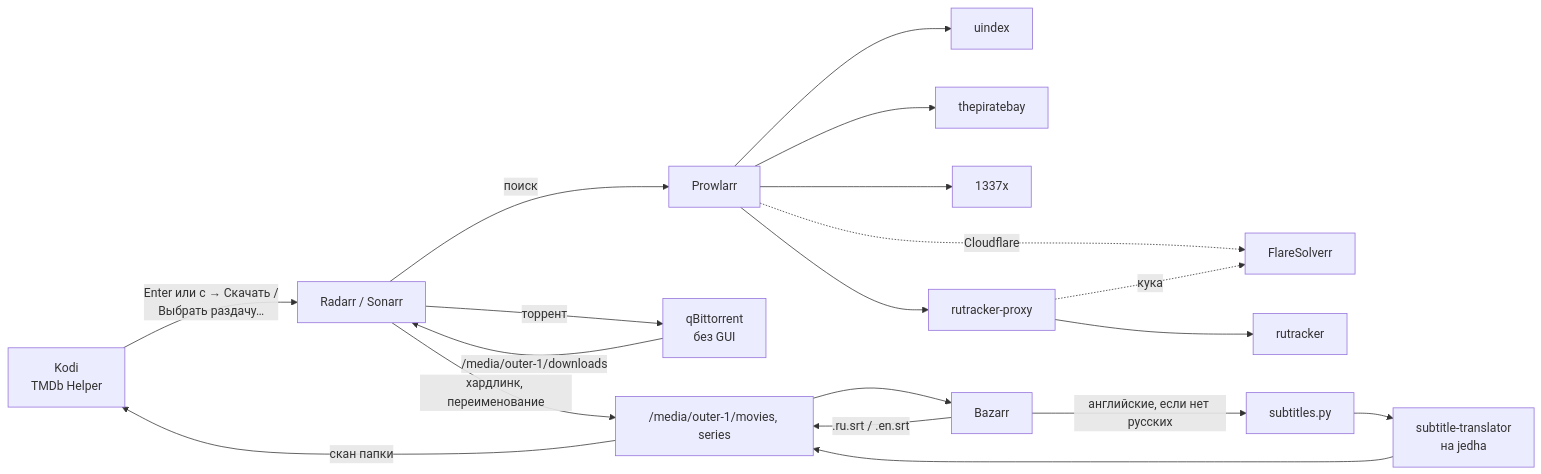
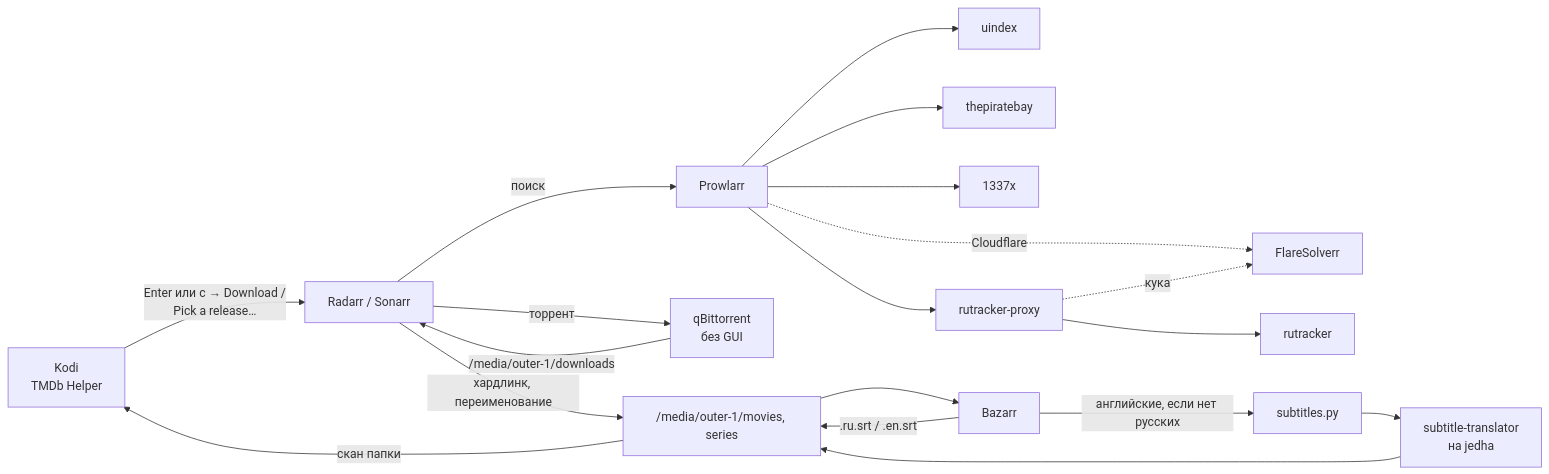
Before and after one commit to Luvrok/dotfiles: the diagram in nixos/services/arr/movie pipe.md, drawn with Mermaid. The commit also changed other lines of this file and 14 other files, not shown here.

First line of the commit message:
fix(kodi): movie pipe in English, "more by director" goes to tmdb

````diff
--- a/nixos/services/arr/movie pipe.md
+++ b/nixos/services/arr/movie pipe.md
@@ -9,16 +9,16 @@
 ```mermaid
 flowchart LR
-  K[Kodi<br>TMDb Helper] -- "Enter или c → Скачать /<br>Выбрать раздачу…" --> R[Radarr / Sonarr]
+  K[Kodi<br>TMDb Helper] -- "Enter или c → Download /<br>Pick a release…" --> R[Radarr / Sonarr]
   R -- поиск --> P[Prowlarr]
   P --> T2[uindex] & T3[thepiratebay] & T4[1337x]
   P -. Cloudflare .-> F[FlareSolverr]
   P --> RP[rutracker-proxy] --> T1[rutracker]
   RP -. кука .-> F
   R -- торрент --> Q[qBittorrent<br>без GUI]
   Q -- "/media/outer-1/downloads" --> R
   R -- "хардлинк, переименование" --> L["/media/outer-1/movies, series"]
   L --> B[Bazarr]
   B -- ".ru.srt / .en.srt" --> L
   B -- "английские, если нет русских" --> S[subtitles.py] --> J[subtitle-translator<br>на jedha] --> L
   L -- "скан папки" --> K
 ```
````
